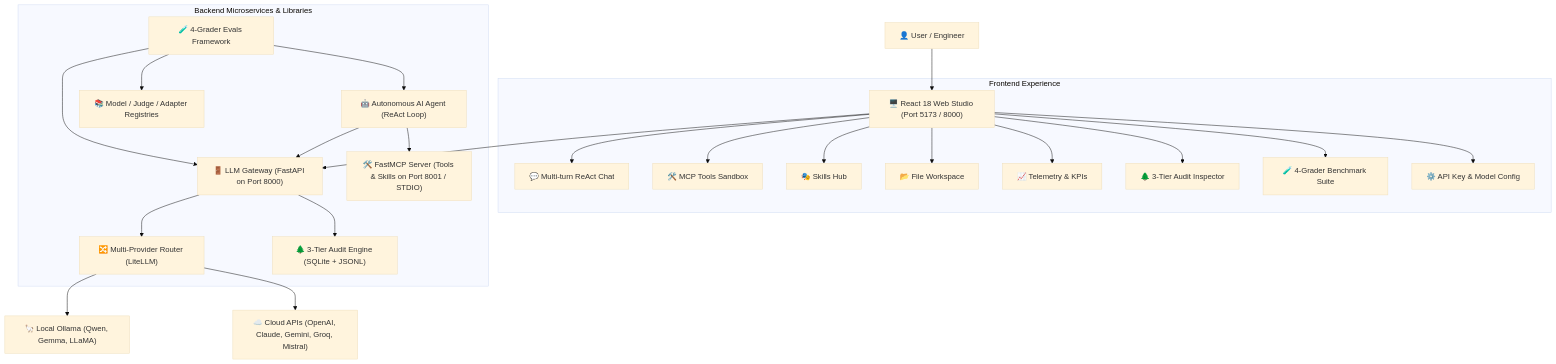
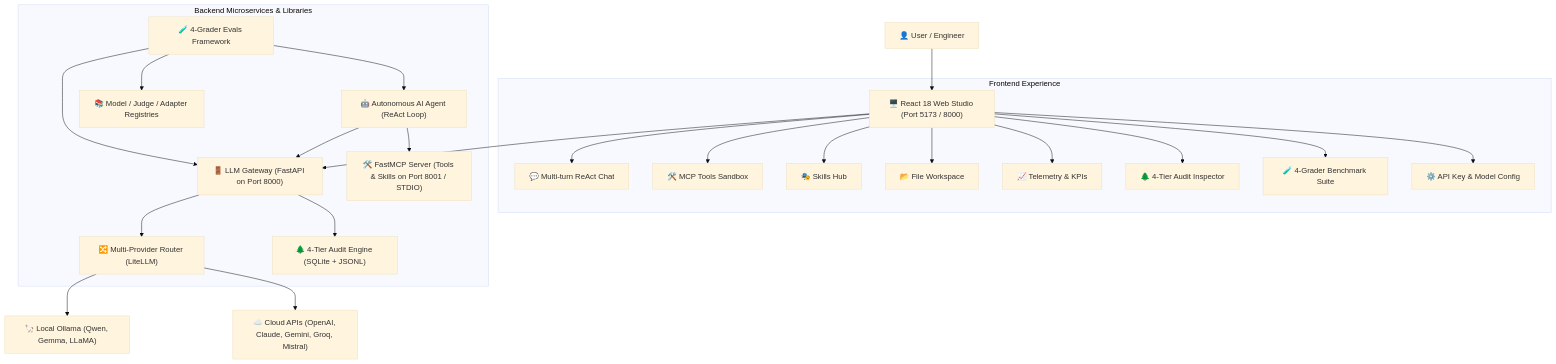
One commit to vdonthireddy/agentic-ai changed the first of 24 diagrams in BUILD_YOUR_OWN_AGENTIC_AI.md. Above: the diagram before and after it, drawn with Mermaid (base theme). The commit also changed other lines of this file and 19 other files, not shown here.

````diff
--- a/BUILD_YOUR_OWN_AGENTIC_AI.md
+++ b/BUILD_YOUR_OWN_AGENTIC_AI.md
@@ -141,32 +142,32 @@
 ```mermaid
 flowchart TD
     User["👤 User / Engineer"] --> WebUI["🖥️ React 18 Web Studio (Port 5173 / 8000)"]
     
     subgraph WebStudio["Frontend Experience"]
         WebUI --> Tab1["💬 Multi-turn ReAct Chat"]
         WebUI --> Tab2["🛠️ MCP Tools Sandbox"]
         WebUI --> Tab3["🎭 Skills Hub"]
         WebUI --> Tab4["📂 File Workspace"]
         WebUI --> Tab5["📈 Telemetry & KPIs"]
-        WebUI --> Tab6["🌲 3-Tier Audit Inspector"]
+        WebUI --> Tab6["🌲 4-Tier Audit Inspector"]
         WebUI --> Tab7["🧪 4-Grader Benchmark Suite"]
         WebUI --> Tab8["⚙️ API Key & Model Config"]
     end
 
     WebUI --> Gateway["🚪 LLM Gateway (FastAPI on Port 8000)"]
     
     subgraph CorePillars["Backend Microservices & Libraries"]
         Gateway --> Router["🔀 Multi-Provider Router (LiteLLM)"]
-        Gateway --> AuditEngine["🌲 3-Tier Audit Engine (SQLite + JSONL)"]
+        Gateway --> AuditEngine["🌲 4-Tier Audit Engine (SQLite + JSONL)"]
         
         Agent["🤖 Autonomous AI Agent (ReAct Loop)"] --> Gateway
         Agent --> MCPServer["🛠️ FastMCP Server (Tools & Skills on Port 8001 / STDIO)"]
         
         Evals["🧪 4-Grader Evals Framework"] --> Agent
         Evals --> Gateway
         Evals --> Registries["📚 Model / Judge / Adapter Registries"]
     end
 
     Router --> Ollama["🦙 Local Ollama (Qwen, Gemma, LLaMA)"]
     Router --> Cloud["☁️ Cloud APIs (OpenAI, Claude, Gemini, Groq, Mistral)"]
 ```
````
